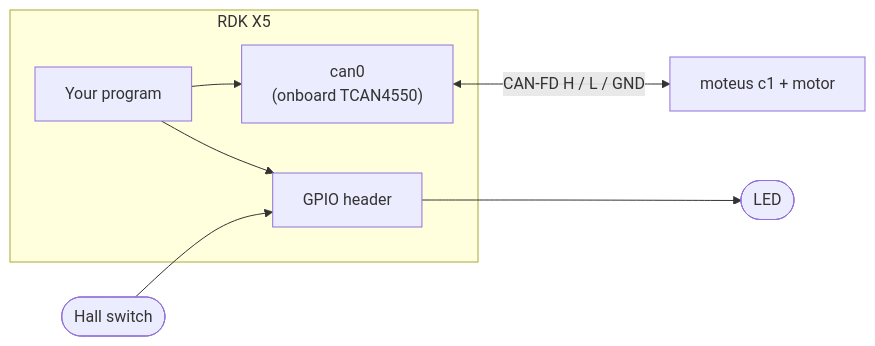
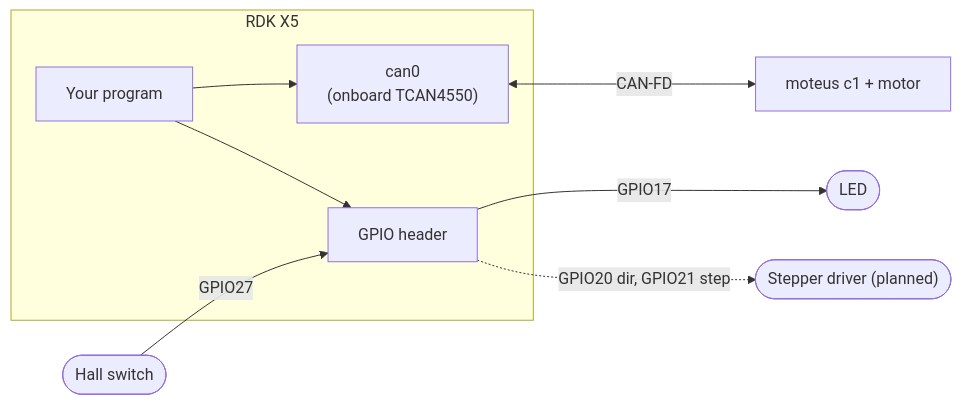
Before and after one commit to jtoobias/sentry-motor-development: the first of 6 diagrams in README.md, drawn with Mermaid. The commit also changed other lines of this file and 3 other files, not shown here.

````diff
--- a/README.md
+++ b/README.md
@@ -21,13 +21,14 @@
 ```mermaid
 flowchart LR
     subgraph RDK["RDK X5"]
         APP["Your program"]
         CAN["can0<br/>(onboard TCAN4550)"]
         GPIO["GPIO header"]
         APP --> CAN
         APP --> GPIO
     end
-    CAN <-->|"CAN-FD H / L / GND"| MOT["moteus c1 + motor"]
-    HALL(["Hall switch"]) --> GPIO
-    GPIO --> LED(["LED"])
+    CAN <-->|"CAN-FD"| MOT["moteus c1 + motor"]
+    HALL(["Hall switch"]) -->|"GPIO27"| GPIO
+    GPIO -->|"GPIO17"| LED(["LED"])
+    GPIO -.->|"GPIO20 dir, GPIO21 step"| STEP(["Stepper driver (planned)"])
 ```
````
